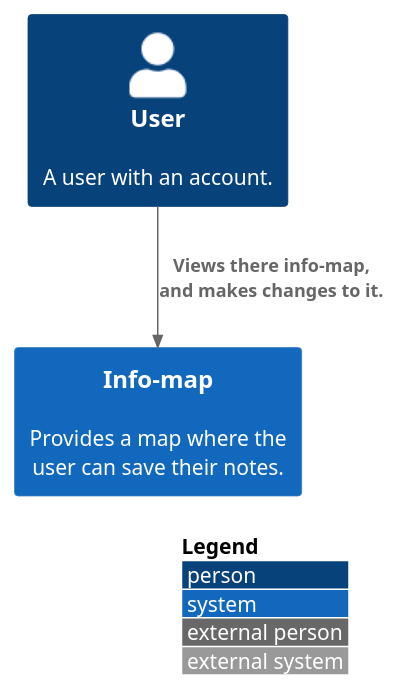
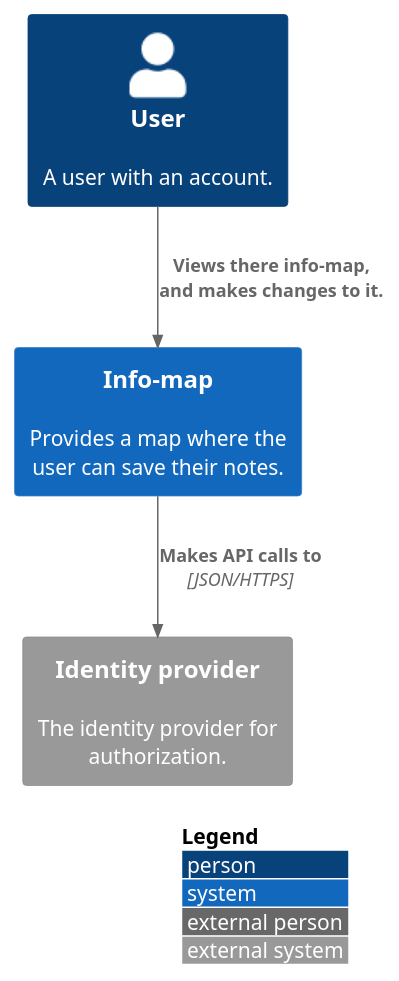
Before and after one commit to FHICT-S-Koen/info-map-docs: the diagram in diagrams/context.puml, drawn with PlantUML. The commit also changed 1 other file, not shown here.

```diff
--- a/diagrams/context.puml
+++ b/diagrams/context.puml
@@ -1,10 +1,12 @@
 @startuml C4_Elements
 !include https://raw.githubusercontent.com/plantuml-stdlib/C4-PlantUML/master/C4_Context.puml
 
 LAYOUT_WITH_LEGEND()
 
 Person(user, "User", "A user with an account.")
 System(info_map, "Info-map", "Provides a map where the user can save their notes.")
+System_Ext(auth, "Identity provider", "The identity provider for authorization.")
 
+Rel(info_map, auth, "Makes API calls to", "JSON/HTTPS")
 Rel(user, info_map, "Views there info-map, and makes changes to it.")
 @enduml
```
